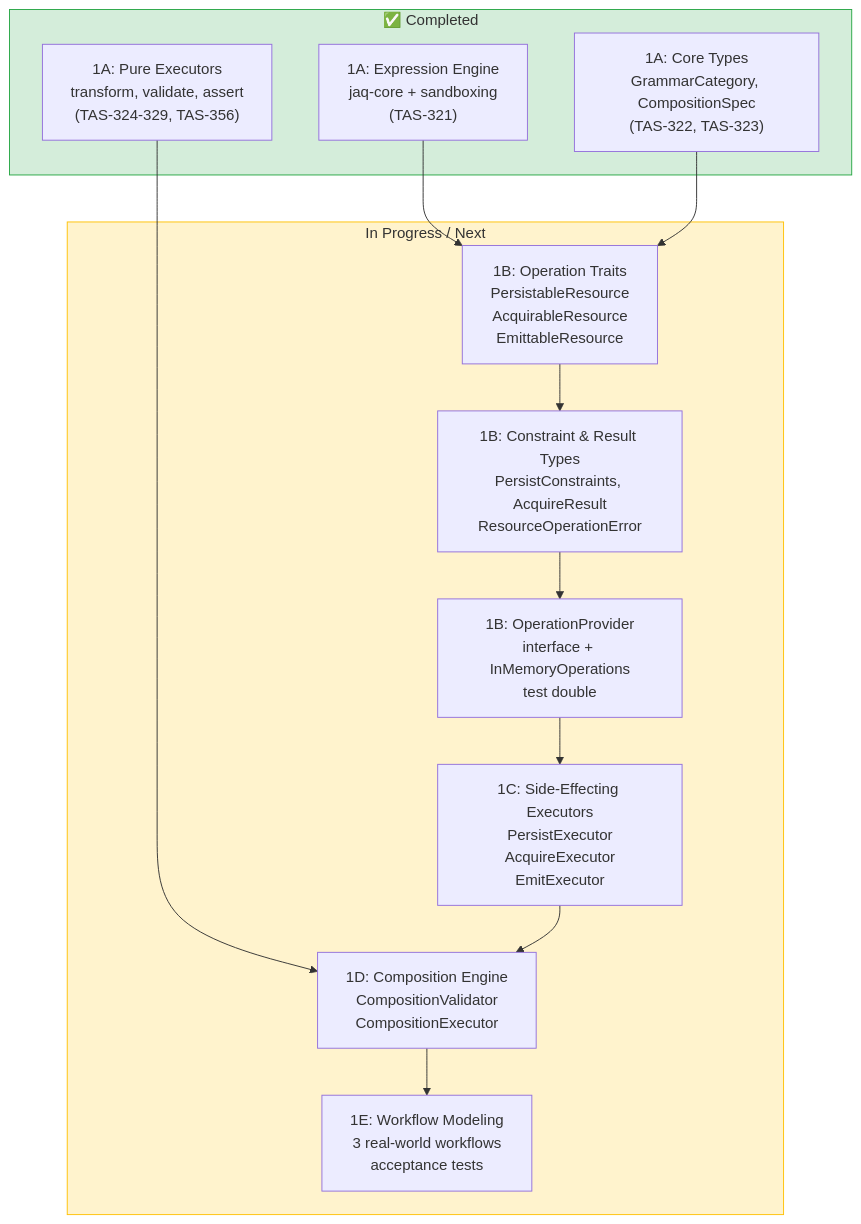
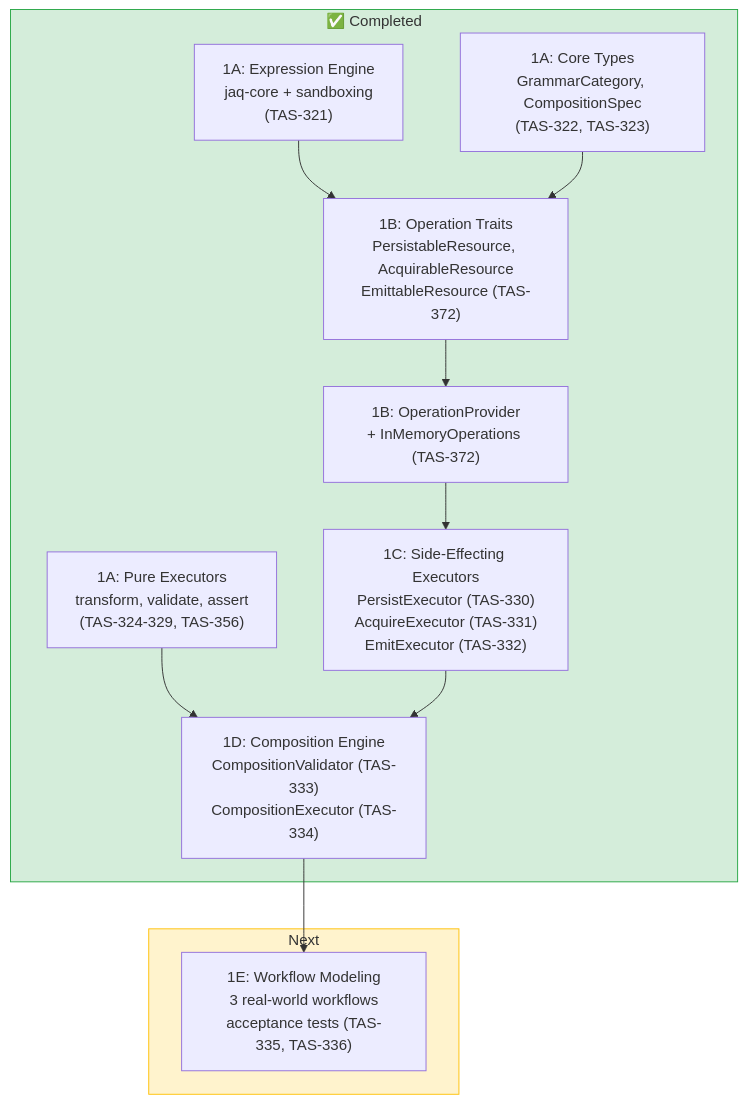
One commit to tasker-systems/tasker-core changed the second of 5 diagrams in docs/composition-architecture/roadmap.md. Above: the diagram before and after it, drawn with Mermaid. The commit also changed other lines of this file and 1 other file, not shown here.

First line of the commit message:
docs: update composition architecture roadmap for Phase 1 completion

````diff
--- a/docs/composition-architecture/roadmap.md
+++ b/docs/composition-architecture/roadmap.md
@@ -157,28 +158,27 @@
 ```mermaid
 flowchart TD
     subgraph done_1["✅ Completed"]
         A1["1A: Expression Engine\njaq-core + sandboxing\n(TAS-321)"]
         A1types["1A: Core Types\nGrammarCategory, CompositionSpec\n(TAS-322, TAS-323)"]
         A1exec["1A: Pure Executors\ntransform, validate, assert\n(TAS-324-329, TAS-356)"]
+        B1["1B: Operation Traits\nPersistableResource, AcquirableResource\nEmittableResource (TAS-372)"]
+        B1provider["1B: OperationProvider\n+ InMemoryOperations (TAS-372)"]
+        C1["1C: Side-Effecting Executors\nPersistExecutor (TAS-330)\nAcquireExecutor (TAS-331)\nEmitExecutor (TAS-332)"]
+        D1["1D: Composition Engine\nCompositionValidator (TAS-333)\nCompositionExecutor (TAS-334)"]
     end
 
-    subgraph active_1["In Progress / Next"]
-        B1["1B: Operation Traits\nPersistableResource\nAcquirableResource\nEmittableResource"]
-        B1types["1B: Constraint & Result Types\nPersistConstraints, AcquireResult\nResourceOperationError"]
-        B1provider["1B: OperationProvider\ninterface + InMemoryOperations\ntest double"]
-        C1["1C: Side-Effecting Executors\nPersistExecutor\nAcquireExecutor\nEmitExecutor"]
-        D1["1D: Composition Engine\nCompositionValidator\nCompositionExecutor"]
-        E1["1E: Workflow Modeling\n3 real-world workflows\nacceptance tests"]
+    subgraph active_1["Next"]
+        E1["1E: Workflow Modeling\n3 real-world workflows\nacceptance tests (TAS-335, TAS-336)"]
     end
 
     A1 --> B1
     A1types --> B1
     A1exec --> D1
 
-    B1 --> B1types --> B1provider --> C1
+    B1 --> B1provider --> C1
     C1 --> D1
     D1 --> E1
 
     style done_1 fill:#d4edda,stroke:#28a745
     style active_1 fill:#fff3cd,stroke:#ffc107
 ```
````
